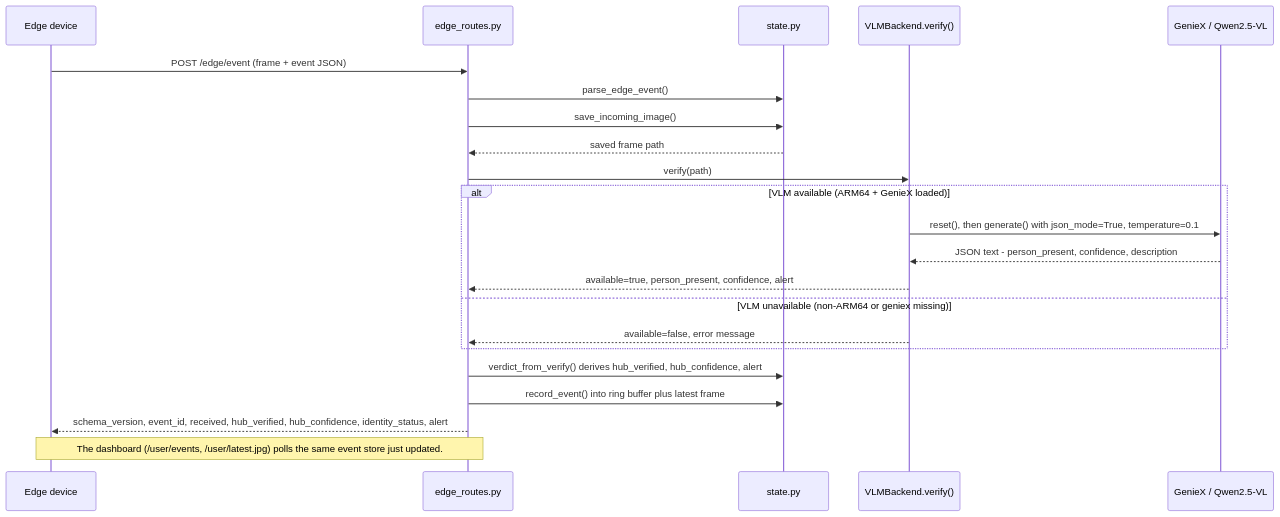
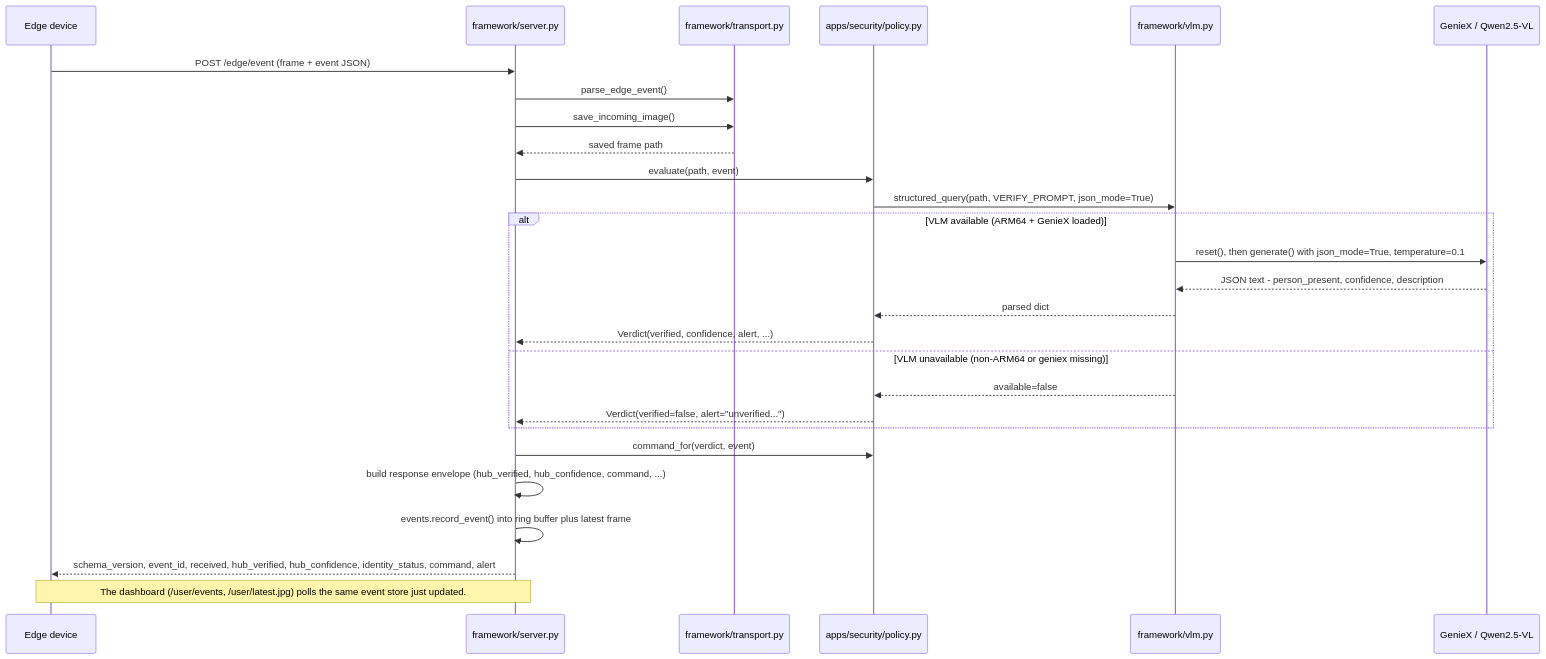
One commit to qonclave/qonclave changed the second of 2 diagrams in hub/README.md. Above: the diagram before and after it, drawn with Mermaid. The commit also changed other lines of this file and 23 other files, not shown here.

First line of the commit message:
Split hub/ into a reusable framework/ and an apps/security/ use case

````diff
--- a/hub/README.md
+++ b/hub/README.md
@@ -60,28 +103,33 @@
 ```mermaid
 sequenceDiagram
     participant Edge as Edge device
-    participant Route as edge_routes.py
-    participant State as state.py
-    participant VLM as VLMBackend.verify()
+    participant Server as framework/server.py
+    participant Transport as framework/transport.py
+    participant Policy as apps/security/policy.py
+    participant VLM as framework/vlm.py
     participant Model as GenieX / Qwen2.5-VL
 
-    Edge->>Route: POST /edge/event (frame + event JSON)
-    Route->>State: parse_edge_event()
-    Route->>State: save_incoming_image()
-    State-->>Route: saved frame path
+    Edge->>Server: POST /edge/event (frame + event JSON)
+    Server->>Transport: parse_edge_event()
+    Server->>Transport: save_incoming_image()
+    Transport-->>Server: saved frame path
 
-    Route->>VLM: verify(path)
+    Server->>Policy: evaluate(path, event)
+    Policy->>VLM: structured_query(path, VERIFY_PROMPT, json_mode=True)
     alt VLM available (ARM64 + GenieX loaded)
         VLM->>Model: reset(), then generate() with json_mode=True, temperature=0.1
         Model-->>VLM: JSON text - person_present, confidence, description
-        VLM-->>Route: available=true, person_present, confidence, alert
+        VLM-->>Policy: parsed dict
+        Policy-->>Server: Verdict(verified, confidence, alert, ...)
     else VLM unavailable (non-ARM64 or geniex missing)
-        VLM-->>Route: available=false, error message
+        VLM-->>Policy: available=false
+        Policy-->>Server: Verdict(verified=false, alert="unverified...")
     end
 
-    Route->>State: verdict_from_verify() derives hub_verified, hub_confidence, alert
-    Route->>State: record_event() into ring buffer plus latest frame
-    Route-->>Edge: schema_version, event_id, received, hub_verified, hub_confidence, identity_status, alert
+    Server->>Policy: command_for(verdict, event)
+    Server->>Server: build response envelope (hub_verified, hub_confidence, command, ...)
+    Server->>Server: events.record_event() into ring buffer plus latest frame
+    Server-->>Edge: schema_version, event_id, received, hub_verified, hub_confidence, identity_status, command, alert
 
-    Note over Route,Edge: The dashboard (/user/events, /user/latest.jpg) polls the same event store just updated.
+    Note over Server,Edge: The dashboard (/user/events, /user/latest.jpg) polls the same event store just updated.
 ```
````
